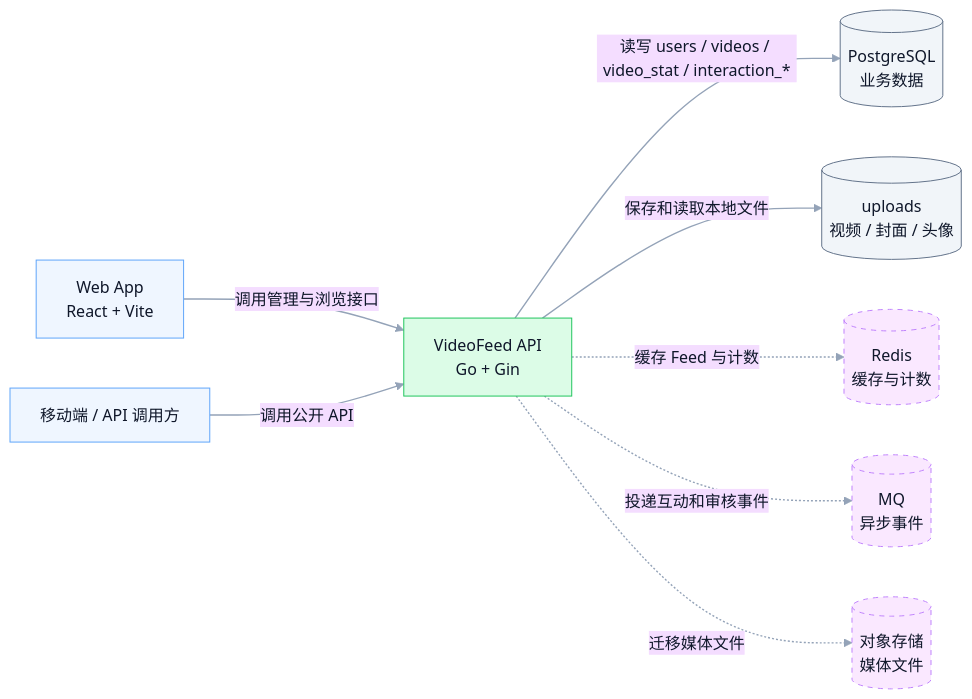
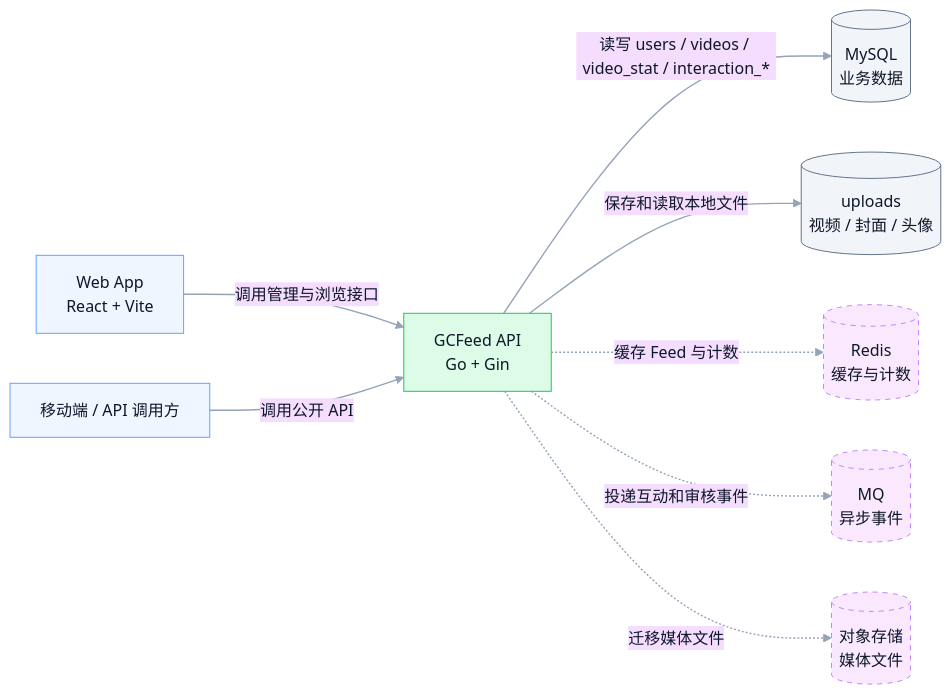
Before and after one commit to Inumoroha/VideoFeed: the first of 5 diagrams in docs/architecture.md, drawn with Mermaid. The commit also changed other lines of this file and 4 other files, not shown here.

````diff
--- a/docs/architecture.md
+++ b/docs/architecture.md
@@ -9,43 +9,43 @@
 ```mermaid
 ---
 config:
   theme: base
   layout: dagre
   themeVariables:
     background: transparent
     fontFamily: Inter, PingFang SC, Microsoft YaHei, Arial
     primaryTextColor: "#0F172A"
     lineColor: "#94A3B8"
     clusterBkg: "#F8FAFC"
     clusterBorder: "#CBD5E1"
 ---
 flowchart LR
-  %% VideoFeed MVP system context
+  %% GCFeed MVP system context
   classDef client fill:#EFF6FF,stroke:#60A5FA,color:#0F172A,stroke-width:1px;
   classDef system fill:#DCFCE7,stroke:#22C55E,color:#0F172A,stroke-width:1px;
   classDef store fill:#F1F5F9,stroke:#64748B,color:#0F172A,stroke-width:1px;
   classDef future fill:#FAE8FF,stroke:#C084FC,color:#0F172A,stroke-width:1px,stroke-dasharray:5 5;
 
   Web["Web App<br/>React + Vite"]
   Client["移动端 / API 调用方"]
-  API["VideoFeed API<br/>Go + Gin"]
-  PostgreSQL[("PostgreSQL<br/>业务数据")]
+  API["GCFeed API<br/>Go + Gin"]
+  MySQL[("MySQL<br/>业务数据")]
   Uploads[("uploads<br/>视频 / 封面 / 头像")]
   Redis[("Redis<br/>缓存与计数")]
   MQ[("MQ<br/>异步事件")]
   ObjectStorage[("对象存储<br/>媒体文件")]
 
   Web -->|"调用管理与浏览接口"| API
   Client -->|"调用公开 API"| API
-  API -->|"读写 users / videos / video_stat / interaction_*"| PostgreSQL
+  API -->|"读写 users / videos / video_stat / interaction_*"| MySQL
   API -->|"保存和读取本地文件"| Uploads
   API -.->|"缓存 Feed 与计数"| Redis
   API -.->|"投递互动和审核事件"| MQ
   API -.->|"迁移媒体文件"| ObjectStorage
 
   class Web,Client client;
   class API system;
-  class PostgreSQL,Uploads store;
+  class MySQL,Uploads store;
   class Redis,MQ,ObjectStorage future;
   linkStyle default stroke:#94A3B8,stroke-width:1.4px
 ```
````
